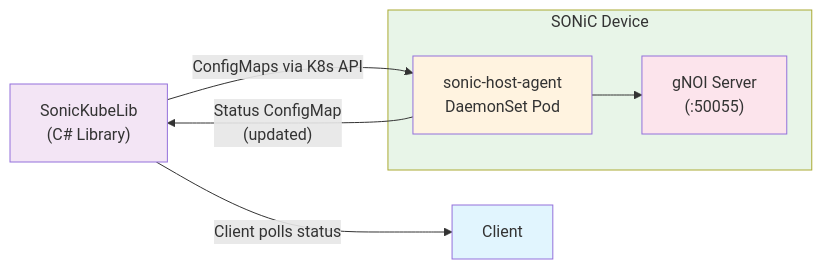
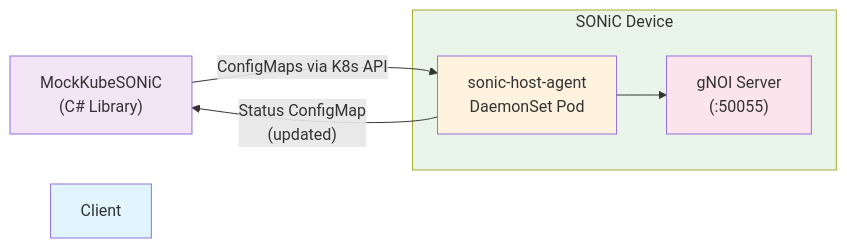
One commit to sonic-net/sonic-mgmt changed the second of 2 diagrams in docs/testplan/Upgrade_gNOI-test-plan.md. Above: the diagram before and after it, drawn with Mermaid.

Commit message:
Updated testplan

````diff
--- a/docs/testplan/Upgrade_gNOI-test-plan.md
+++ b/docs/testplan/Upgrade_gNOI-test-plan.md
@@ -166,24 +166,23 @@
 ```mermaid
 graph LR
-    MockKubeSONiC["SonicKubeLib
+    MockKubeSONiC["MockKubeSONiC
 (C# Library)"]
 
     subgraph Device ["SONiC Device"]
         Agent["sonic-host-agent
 DaemonSet Pod"]
         GNOI["gNOI Server
 (:50055)"]
         Agent --> GNOI
     end
 
     MockKubeSONiC -->|"ConfigMaps via K8s API"| Agent
     Agent -->|"Status ConfigMap
 (updated)"| MockKubeSONiC
-    MockKubeSONiC -->|"Client polls status"| Client
 
     style Client fill:#e1f5fe
     style MockKubeSONiC fill:#f3e5f5
     style Device fill:#e8f5e8
     style Agent fill:#fff3e0
     style GNOI fill:#fce4ec
 ```
````
